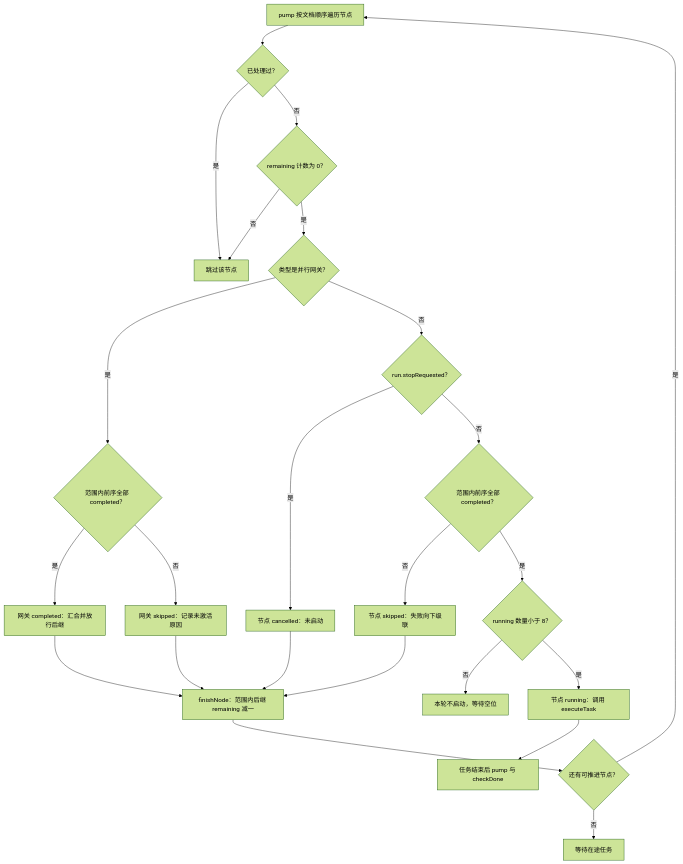
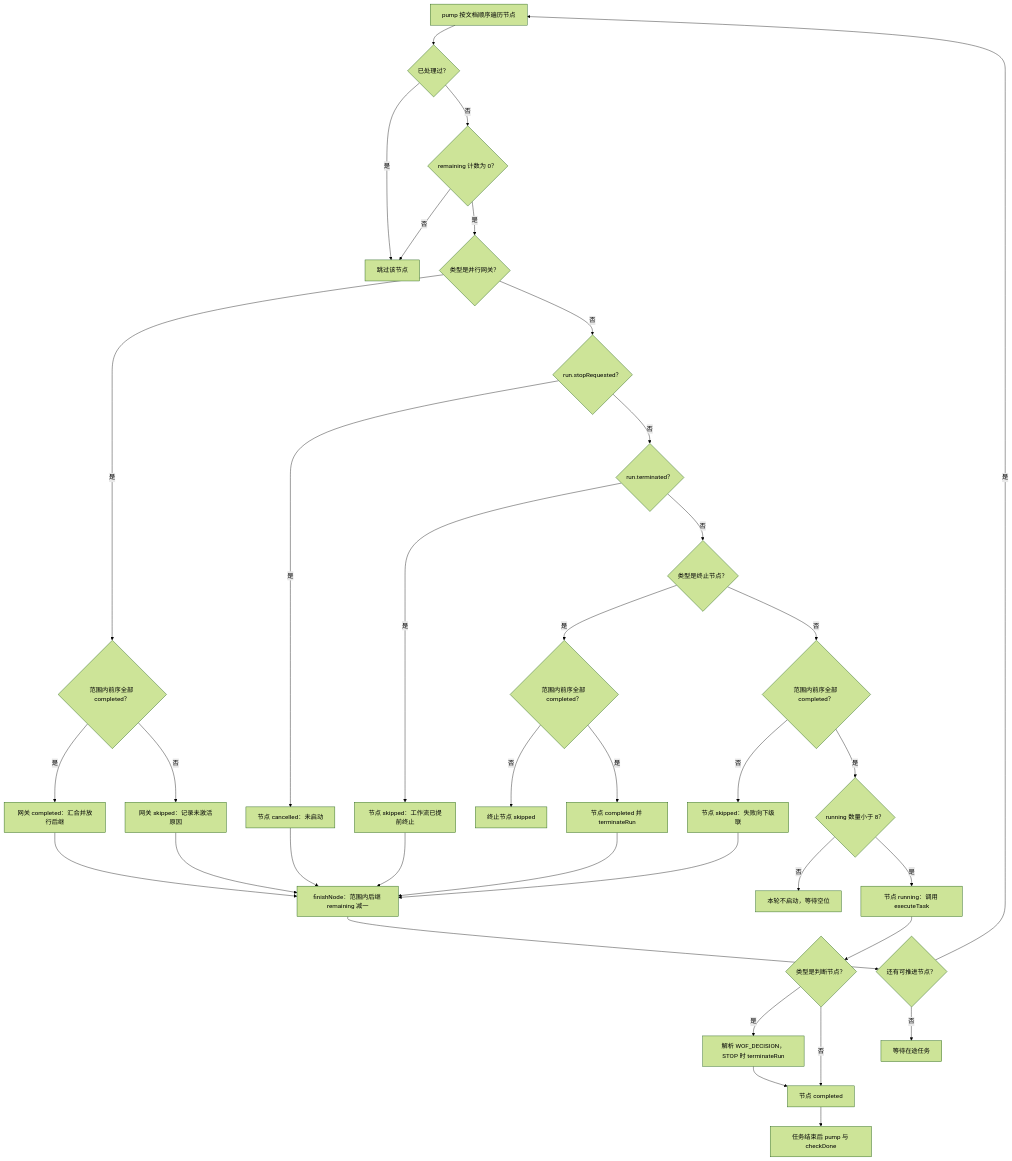
Before and after one commit to czyt1988/dsh-workflow-orchestrator: the first of 3 diagrams in docs/dev/execution-engine.md, drawn with Mermaid (forest theme). The commit also changed other lines of this file and 20 other files, not shown here.

````diff
--- a/docs/dev/execution-engine.md
+++ b/docs/dev/execution-engine.md
@@ -60,26 +62,38 @@
 ```mermaid
 flowchart TD
   A["pump 按文档顺序遍历节点"] --> B{"已处理过？"}
   B -->|是| Z["跳过该节点"]
   B -->|否| C{"remaining 计数为 0？"}
   C -->|否| Z
   C -->|是| D{"类型是并行网关？"}
   D -->|是| E{"范围内前序全部 completed？"}
   E -->|是| F["网关 completed：汇合并放行后继"]
   E -->|否| G["网关 skipped：记录未激活原因"]
   D -->|否| H{"run.stopRequested？"}
   H -->|是| I["节点 cancelled：未启动"]
-  H -->|否| J{"范围内前序全部 completed？"}
+  H -->|否| H2{"run.terminated？"}
+  H2 -->|是| I2["节点 skipped：工作流已提前终止"]
+  H2 -->|否| T{"类型是终止节点？"}
+  T -->|是| T2{"范围内前序全部 completed？"}
+  T2 -->|否| T3["终止节点 skipped"]
+  T2 -->|是| T4["节点 completed 并 terminateRun"]
+  T -->|否| J{"范围内前序全部 completed？"}
   J -->|否| K["节点 skipped：失败向下级联"]
   J -->|是| L{"running 数量小于 8？"}
   L -->|否| M["本轮不启动，等待空位"]
   L -->|是| N["节点 running：调用 executeTask"]
-  F --> O["finishNode：范围内后继 remaining 减一"]
-  G --> O
-  I --> O
-  K --> O
-  N --> P["任务结束后 pump 与 checkDone"]
-  O --> Q{"还有可推进节点？"}
+  N --> N2{"类型是判断节点？"}
+  N2 -->|是| N3["解析 WOF_DECISION，STOP 时 terminateRun"]
+  N2 -->|否| O["节点 completed"]
+  N3 --> O
+  F --> O2["finishNode：范围内后继 remaining 减一"]
+  G --> O2
+  I --> O2
+  I2 --> O2
+  T4 --> O2
+  K --> O2
+  O --> P["任务结束后 pump 与 checkDone"]
+  O2 --> Q{"还有可推进节点？"}
   Q -->|是| A
   Q -->|否| R["等待在途任务"]
 ```
````
